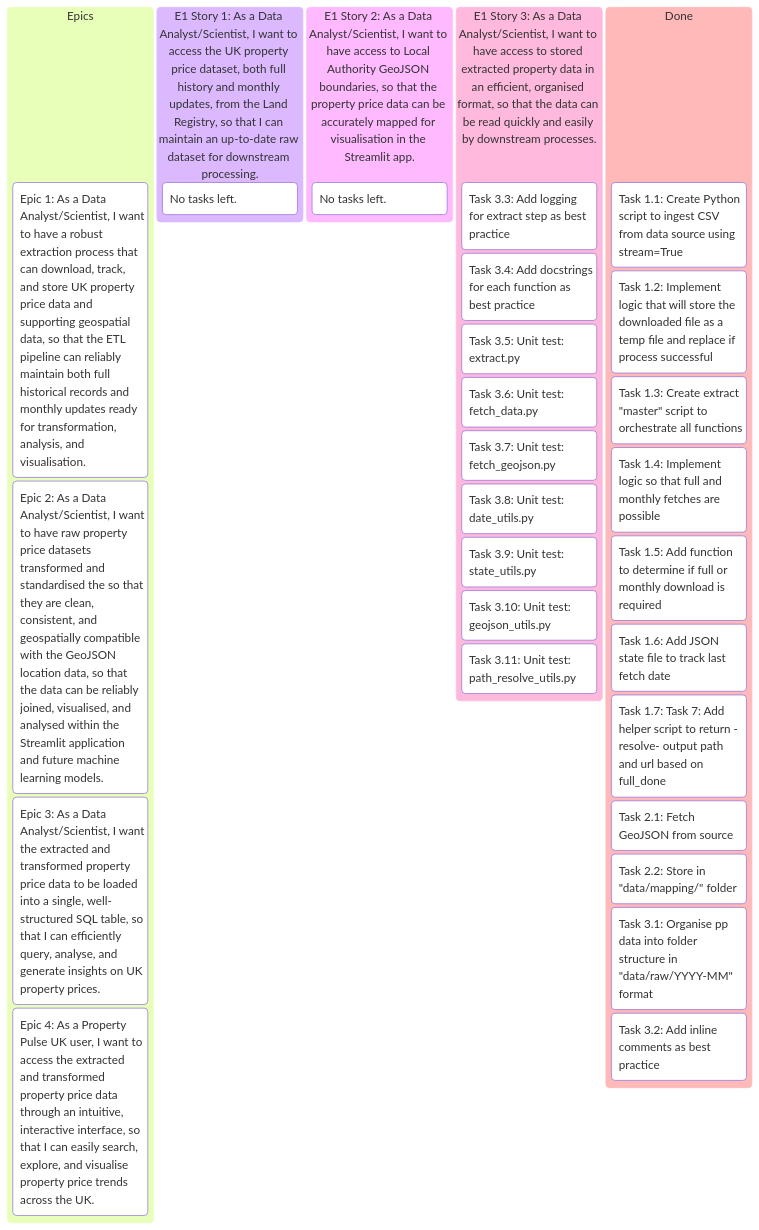
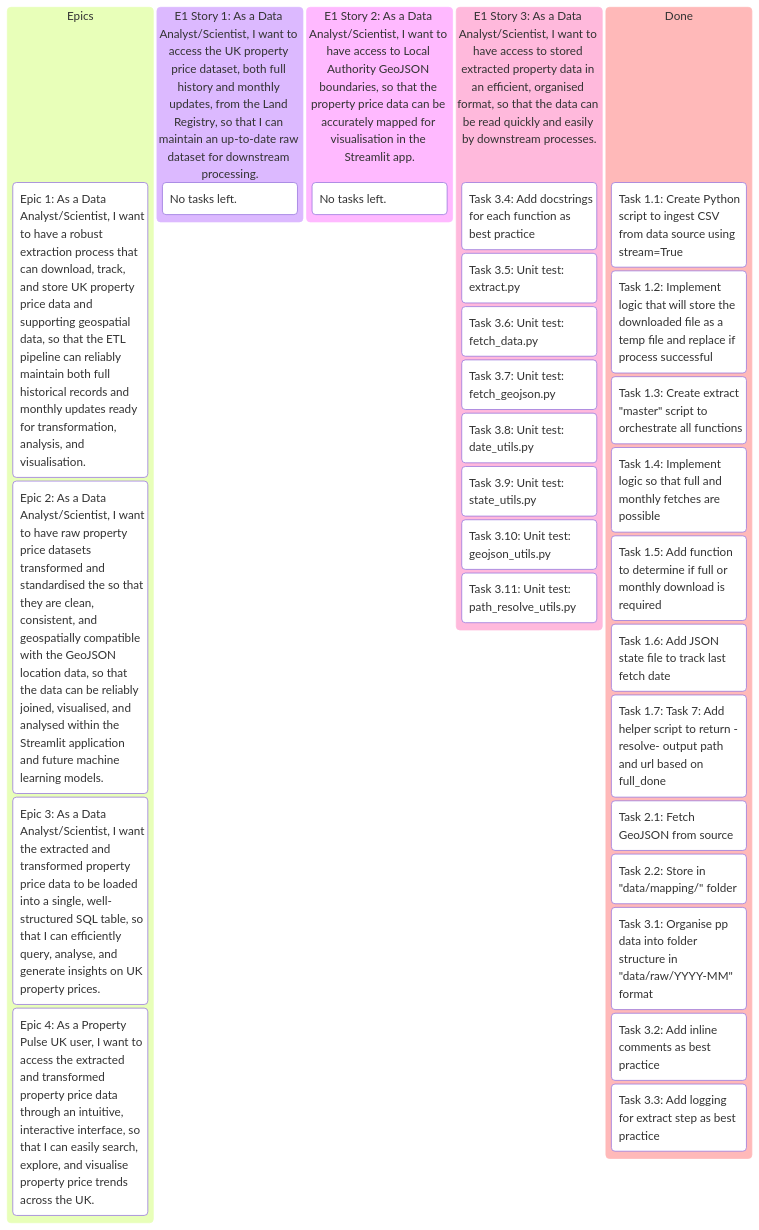
One commit to pavlekovic/property-pulse-uk changed the first of 2 diagrams in README.md. Above: the diagram before and after it, drawn with Mermaid. The commit also changed other lines of this file and 7 other files, not shown here.

````diff
--- a/README.md
+++ b/README.md
@@ -179,42 +179,42 @@
 ```mermaid
 kanban
     Epics
         (Epic 1: As a Data Analyst/Scientist, I want to have a robust extraction process that can download, track, and store UK property price data and supporting geospatial data, so that the ETL pipeline can reliably maintain both full historical records and monthly updates ready for transformation, analysis, and visualisation.)
 
         (Epic 2: As a Data Analyst/Scientist, I want to have raw property price datasets transformed and standardised the so that they are clean, consistent, and geospatially compatible with the GeoJSON location data, so that the data can be reliably joined, visualised, and analysed within the Streamlit application and future machine learning models.)
 
         (Epic 3: As a Data Analyst/Scientist, I want the extracted and transformed property price data to be loaded into a single, well-structured SQL table, so that I can efficiently query, analyse, and generate insights on UK property prices.)
 
         (Epic 4: As a Property Pulse UK user, I want to access the extracted and transformed property price data through an intuitive, interactive interface, so that I can easily search, explore, and visualise property price trends across the UK.)
 
     (E1 Story 1: As a Data Analyst/Scientist, I want to access the UK property price dataset, both full history and monthly updates, from the Land Registry, so that I can maintain an up-to-date raw dataset for downstream processing.)
         No tasks left.
 
     (E1 Story 2: As a Data Analyst/Scientist, I want to have access to Local Authority GeoJSON boundaries, so that the property price data can be accurately mapped for visualisation in the Streamlit app.)
         No tasks left.
 
     (E1 Story 3: As a Data Analyst/Scientist, I want to have access to stored extracted property data in an efficient, organised format, so that the data can be read quickly and easily by downstream processes.)
-        Task 3.3: Add logging for extract step as best practice
         Task 3.4: Add docstrings for each function as best practice
         Task 3.5: Unit test: extract.py
         Task 3.6: Unit test: fetch_data.py
         Task 3.7: Unit test: fetch_geojson.py
         Task 3.8: Unit test: date_utils.py
         Task 3.9: Unit test: state_utils.py
         Task 3.10: Unit test: geojson_utils.py
         Task 3.11: Unit test: path_resolve_utils.py
         
     Done
         Task 1.1: Create Python script to ingest CSV from data source using stream=True
         Task 1.2: Implement logic that will store the downloaded file as a temp file and replace if process successful
         Task 1.3: Create extract "master" script to orchestrate all functions
         Task 1.4: Implement logic so that full and monthly fetches are possible
         Task 1.5: Add function to determine if full or monthly download is required
         Task 1.6: Add JSON state file to track last fetch date
         Task 1.7: Task 7: Add helper script to return -resolve- output path and url based on full_done
         Task 2.1: Fetch GeoJSON from source
         Task 2.2: Store in "data/mapping/" folder
         Task 3.1: Organise pp data into folder structure in "data/raw/YYYY-MM" format
         Task 3.2: Add inline comments as best practice
+        Task 3.3: Add logging for extract step as best practice
      
 ```
````
